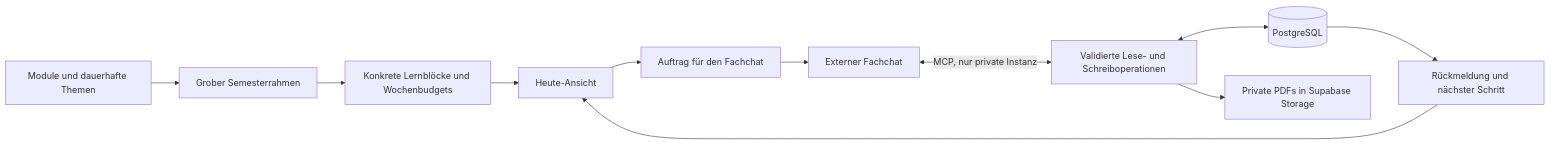
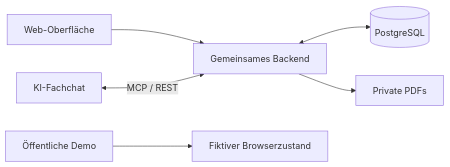
One commit to Jonas480185/semester-cockpit changed the diagram in README.md. Above: the diagram before and after it, drawn with Mermaid. The commit also changed other lines of this file and 1 other file, not shown here.

````diff
--- a/README.md
+++ b/README.md
@@ -87,13 +117,8 @@
 ```mermaid
 flowchart LR
-    Themen[Module und dauerhafte Themen] --> Rahmen[Grober Semesterrahmen]
-    Rahmen --> Bloecke[Konkrete Lernblöcke und Wochenbudgets]
-    Bloecke --> Heute[Heute-Ansicht]
-    Heute --> Auftrag[Auftrag für den Fachchat]
-    Auftrag --> Chat[Externer Fachchat]
-    Chat <-->|MCP, nur private Instanz| API[Validierte Lese- und Schreiboperationen]
-    API <--> Daten[(PostgreSQL)]
-    API --> PDFs[Private PDFs in Supabase Storage]
-    Daten --> Feedback[Rückmeldung und nächster Schritt]
-    Feedback --> Heute
+    UI[Web-Oberfläche] --> API[Gemeinsames Backend]
+    Chat[KI-Fachchat] <-->|MCP / REST| API
+    API <--> DB[(PostgreSQL)]
+    API --> PDF[Private PDFs]
+    Demo[Öffentliche Demo] --> Fixtures[Fiktiver Browserzustand]
 ```
````
